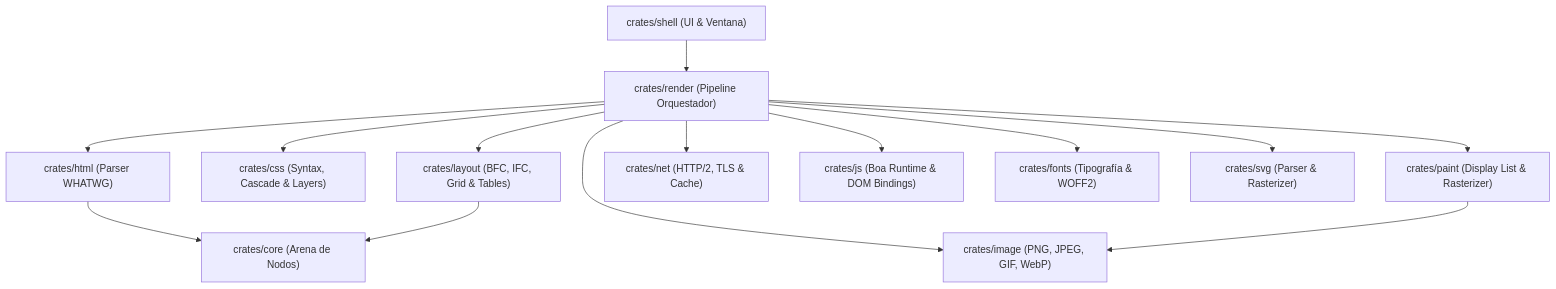
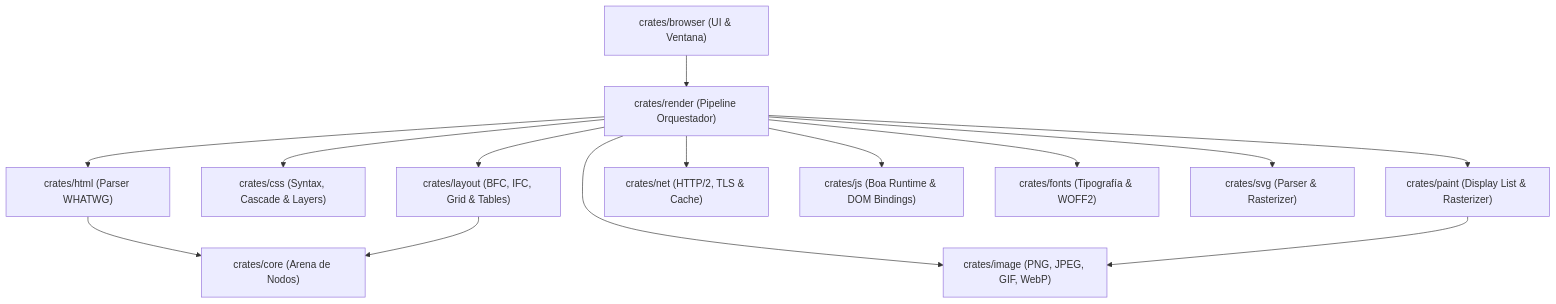
Before and after one commit to juanpimg/Megi: the diagram in README.md, drawn with Mermaid. The commit also changed other lines of this file and 405 other files, not shown here.

````diff
--- a/README.md
+++ b/README.md
@@ -114,17 +114,17 @@
 ```mermaid
 graph TD
-    shell["crates/shell (UI & Ventana)"] --> render["crates/render (Pipeline Orquestador)"]
+    shell["crates/browser (UI & Ventana)"] --> render["crates/render (Pipeline Orquestador)"]
     render --> html["crates/html (Parser WHATWG)"]
     render --> css["crates/css (Syntax, Cascade & Layers)"]
     render --> layout["crates/layout (BFC, IFC, Grid & Tables)"]
     render --> paint["crates/paint (Display List & Rasterizer)"]
     render --> net["crates/net (HTTP/2, TLS & Cache)"]
     render --> js["crates/js (Boa Runtime & DOM Bindings)"]
     render --> fonts["crates/fonts (Tipografía & WOFF2)"]
     render --> image["crates/image (PNG, JPEG, GIF, WebP)"]
     render --> svg["crates/svg (Parser & Rasterizer)"]
     
     html --> dom["crates/core (Arena de Nodos)"]
     layout --> dom
     paint --> image
 ```
````
